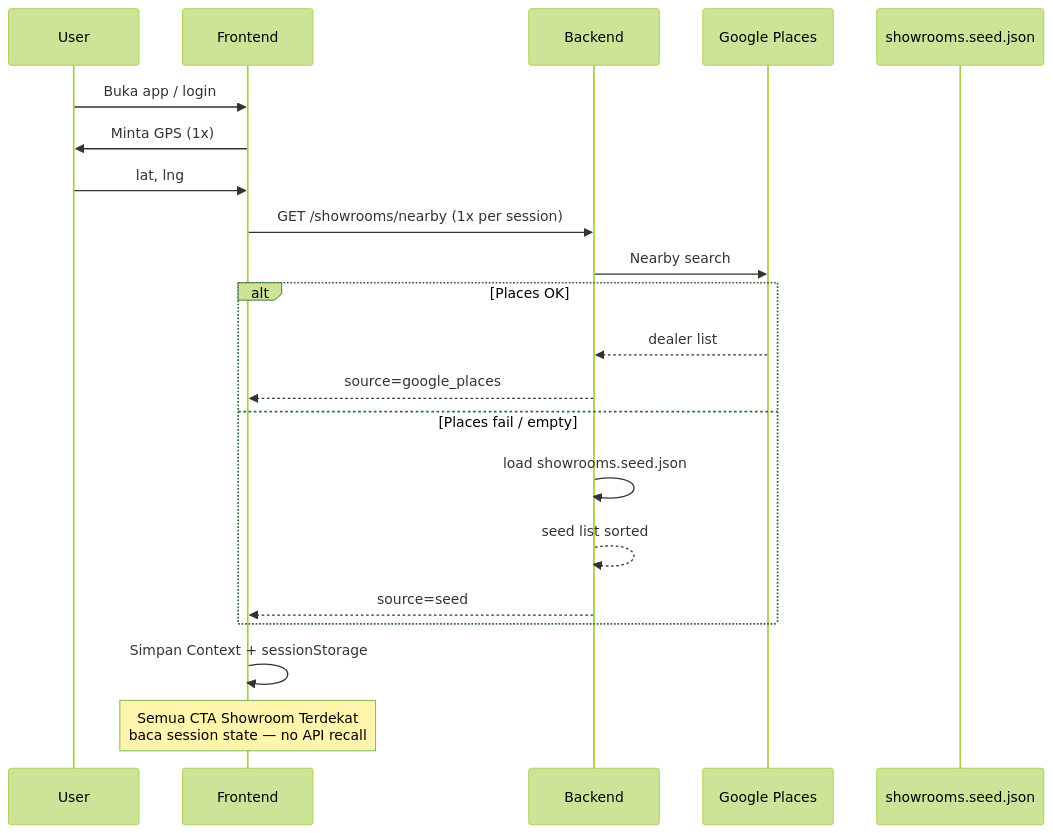
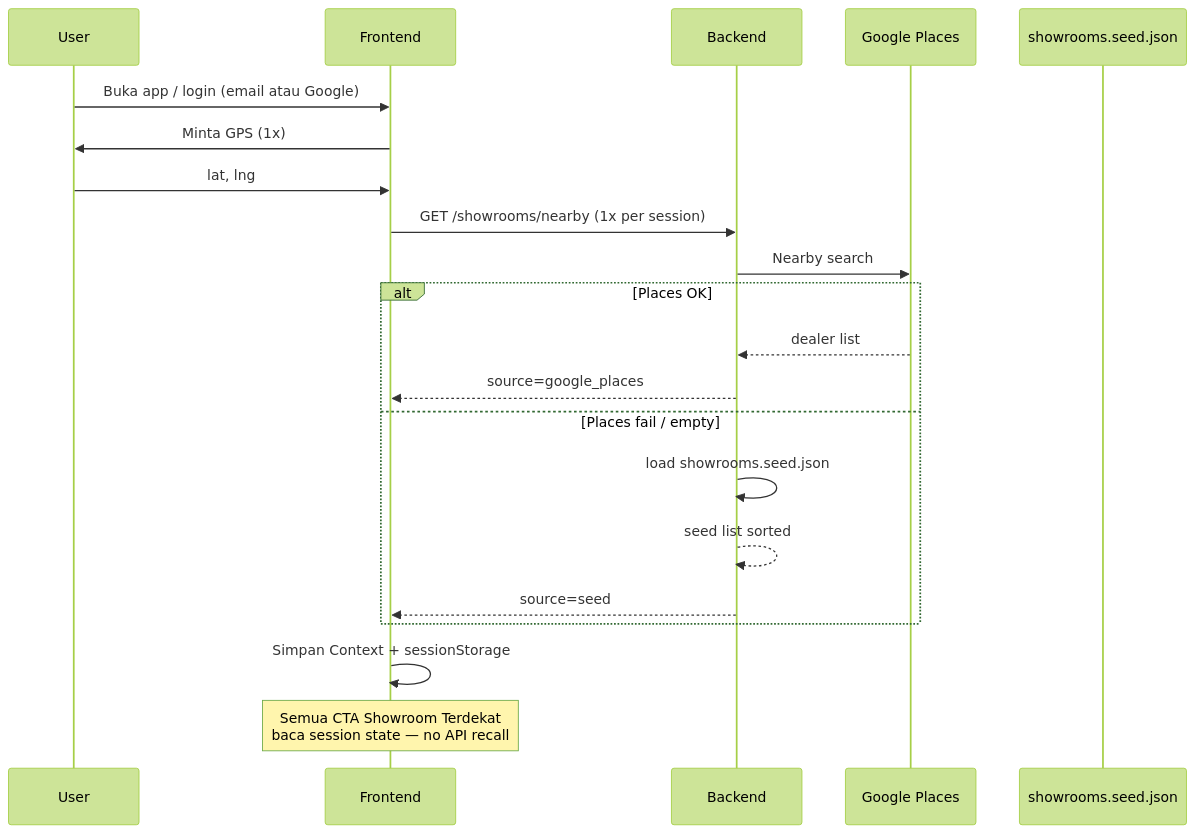
The third of 5 diagrams in PRD.md (Final-Project-97/FinalProject97), drawn with Mermaid (forest theme) before and after one commit. The commit also changed other lines of this file and 2 other files, not shown here.

Commit message:
Update PRD, ERD, Table ERD

````diff
--- a/PRD.md
+++ b/PRD.md
@@ -428,25 +448,25 @@
 ```mermaid
 sequenceDiagram
     participant U as User
     participant FE as Frontend
     participant BE as Backend
     participant GP as Google Places
     participant Seed as showrooms.seed.json
 
-    U->>FE: Buka app / login
+    U->>FE: Buka app / login (email atau Google)
     FE->>U: Minta GPS (1x)
     U->>FE: lat, lng
     FE->>BE: GET /showrooms/nearby (1x per session)
     BE->>GP: Nearby search
     alt Places OK
         GP-->>BE: dealer list
         BE-->>FE: source=google_places
     else Places fail / empty
         BE->>BE: load showrooms.seed.json
         BE-->>BE: seed list sorted
         BE-->>FE: source=seed
     end
     FE->>FE: Simpan Context + sessionStorage
 
     Note over FE: Semua CTA Showroom Terdekat<br/>baca session state — no API recall
 ```
````
